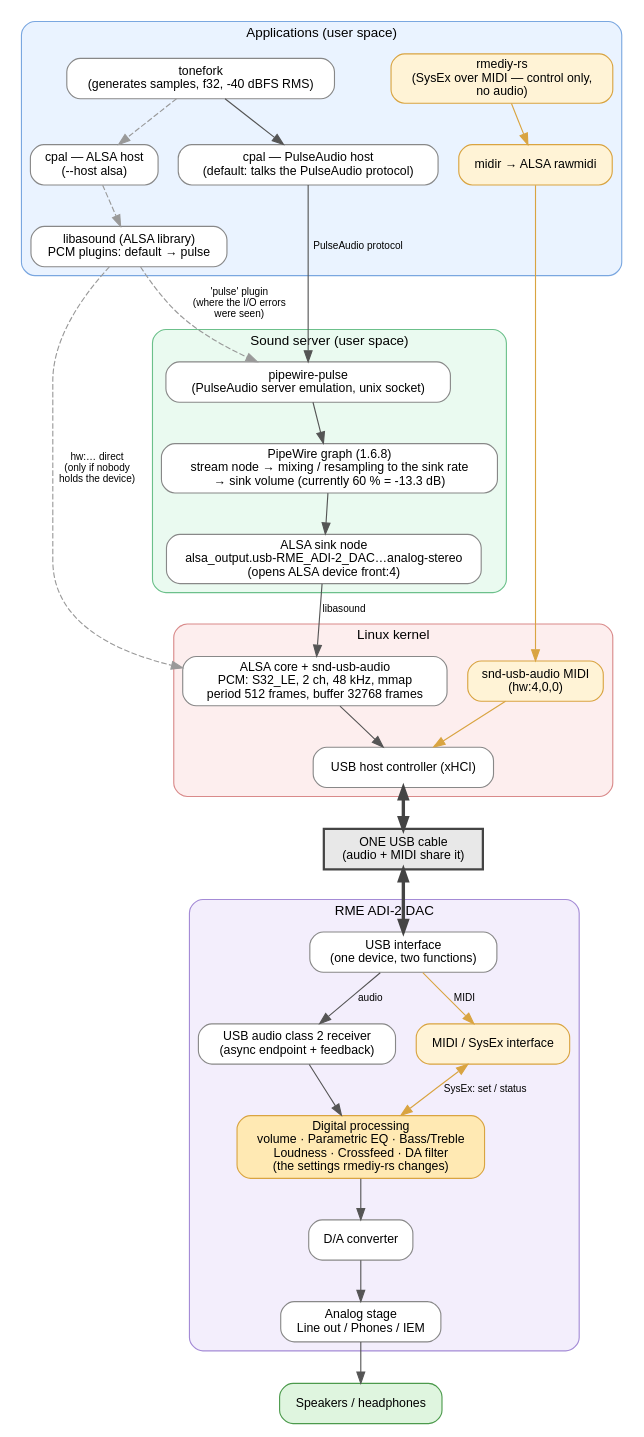
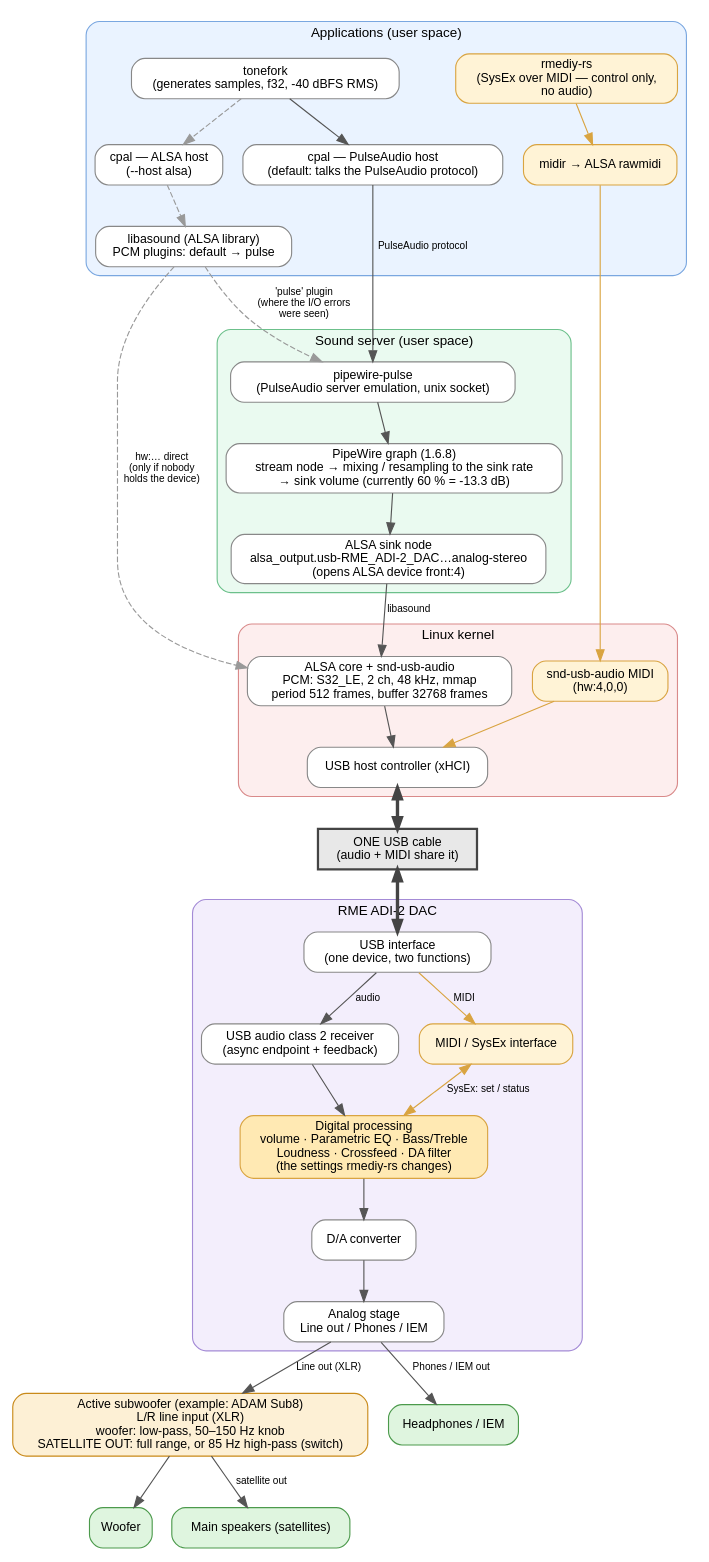
One commit to asyd/tonefork changed the diagram in docs/audio-path.dot. Above: the diagram before and after it, drawn with Graphviz. The commit also changed 2 other files, not shown here.

Commit message:
Docs: add an active-subwoofer example to the audio path (ADAM Sub8)

```diff
--- a/docs/audio-path.dot
+++ b/docs/audio-path.dot
@@ -1,72 +1,81 @@
 // Render: dot -Tsvg audio-path.dot -o audio-path.svg
 digraph audio_path {
   rankdir=TB;
   fontname="Helvetica"; fontsize=12;
   node [shape=box, style="rounded,filled", fontname="Helvetica", fontsize=11, fillcolor="#f4f4f4", color="#888888"];
   edge [fontname="Helvetica", fontsize=9, color="#555555"];
   compound=true;
 
   subgraph cluster_app {
     label="Applications (user space)"; style="rounded,filled"; fillcolor="#eaf3ff"; color="#7aa7e0";
     tonefork [label="tonefork\n(generates samples, f32, -40 dBFS RMS)", fillcolor="#ffffff"];
     cpal_pulse [label="cpal — PulseAudio host\n(default: talks the PulseAudio protocol)", fillcolor="#ffffff"];
     cpal_alsa [label="cpal — ALSA host\n(--host alsa)", fillcolor="#ffffff"];
     libasound [label="libasound (ALSA library)\nPCM plugins: default → pulse", fillcolor="#ffffff"];
     rmediy [label="rmediy-rs\n(SysEx over MIDI — control only,\nno audio)", fillcolor="#fff3d6", color="#d9a441"];
     midir [label="midir → ALSA rawmidi", fillcolor="#fff3d6", color="#d9a441"];
   }
 
   subgraph cluster_server {
     label="Sound server (user space)"; style="rounded,filled"; fillcolor="#eafaf0"; color="#6cc08b";
     pwpulse [label="pipewire-pulse\n(PulseAudio server emulation, unix socket)", fillcolor="#ffffff"];
     graph_ [label="PipeWire graph (1.6.8)\nstream node → mixing / resampling to the sink rate\n→ sink volume (currently 60 % = -13.3 dB)", fillcolor="#ffffff"];
     sink [label="ALSA sink node\nalsa_output.usb-RME_ADI-2_DAC…analog-stereo\n(opens ALSA device front:4)", fillcolor="#ffffff"];
   }
 
   subgraph cluster_kernel {
     label="Linux kernel"; style="rounded,filled"; fillcolor="#fdeeee"; color="#d98a8a";
     sndusb [label="ALSA core + snd-usb-audio\nPCM: S32_LE, 2 ch, 48 kHz, mmap\nperiod 512 frames, buffer 32768 frames", fillcolor="#ffffff"];
     usbmidi [label="snd-usb-audio MIDI\n(hw:4,0,0)", fillcolor="#fff3d6", color="#d9a441"];
     xhci [label="USB host controller (xHCI)", fillcolor="#ffffff"];
   }
 
   // One physical cable: audio and MIDI travel together and are separated inside the DAC.
   cable [label="ONE USB cable\n(audio + MIDI share it)", shape=box, style="filled", fillcolor="#e8e8e8", color="#444444", penwidth=2];
 
   subgraph cluster_dac {
     label="RME ADI-2 DAC"; style="rounded,filled"; fillcolor="#f3eefc"; color="#a48bd6";
     usbif [label="USB interface\n(one device, two functions)", fillcolor="#ffffff"];
     usbrx [label="USB audio class 2 receiver\n(async endpoint + feedback)", fillcolor="#ffffff"];
     dsp [label="Digital processing\nvolume · Parametric EQ · Bass/Treble\nLoudness · Crossfeed · DA filter\n(the settings rmediy-rs changes)", fillcolor="#ffe9b3", color="#d9a441"];
     dac [label="D/A converter", fillcolor="#ffffff"];
     analog [label="Analog stage\nLine out / Phones / IEM", fillcolor="#ffffff"];
     midirx [label="MIDI / SysEx interface", fillcolor="#fff3d6", color="#d9a441"];
   }
 
-  spk [label="Speakers / headphones", shape=box, style="rounded,filled", fillcolor="#dff5df", color="#4c9a4c"];
+  // Example of an analog chain: active subwoofer with satellite outputs (ADAM Sub8 manual).
+  subwoofer [label="Active subwoofer (example: ADAM Sub8)\nL/R line input (XLR)\nwoofer: low-pass, 50–150 Hz knob\nSATELLITE OUT: full range, or 85 Hz high-pass (switch)", shape=box, style="rounded,filled", fillcolor="#fdf0d5", color="#c98a1a"];
+  woofer [label="Woofer", shape=box, style="rounded,filled", fillcolor="#dff5df", color="#4c9a4c"];
+  sats [label="Main speakers (satellites)", shape=box, style="rounded,filled", fillcolor="#dff5df", color="#4c9a4c"];
+  phones [label="Headphones / IEM", shape=box, style="rounded,filled", fillcolor="#dff5df", color="#4c9a4c"];
+
+  analog -> subwoofer [label="Line out (XLR)"];
+  subwoofer -> woofer;
+  subwoofer -> sats [label="satellite out"];
+  analog -> phones [label="Phones / IEM out"];
 
   // Default audio path
   tonefork -> cpal_pulse;
   cpal_pulse -> pwpulse [label="PulseAudio protocol"];
   pwpulse -> graph_;
   graph_ -> sink;
   sink -> sndusb [label="libasound"];
   sndusb -> xhci;
   xhci -> cable [penwidth=3, color="#444444", dir=both];
   cable -> usbif [penwidth=3, color="#444444", dir=both];
   usbif -> usbrx [label="audio"];
-  usbrx -> dsp -> dac -> analog -> spk;
+  usbrx -> dsp -> dac -> analog;
 
   // Alternative ALSA path
   tonefork -> cpal_alsa [style=dashed, color="#999999"];
   cpal_alsa -> libasound [style=dashed, color="#999999"];
   libasound -> pwpulse [style=dashed, color="#999999", label="'pulse' plugin\n(where the I/O errors\nwere seen)"];
   libasound -> sndusb [style=dashed, color="#999999", label="hw:… direct\n(only if nobody\nholds the device)"];
 
   // Control path
   rmediy -> midir [color="#d9a441"];
   midir -> usbmidi [color="#d9a441"];
   usbmidi -> xhci [color="#d9a441"];
   usbif -> midirx [color="#d9a441", label="MIDI"];
   midirx -> dsp [color="#d9a441", label="SysEx: set / status", dir=both];
 }
```
